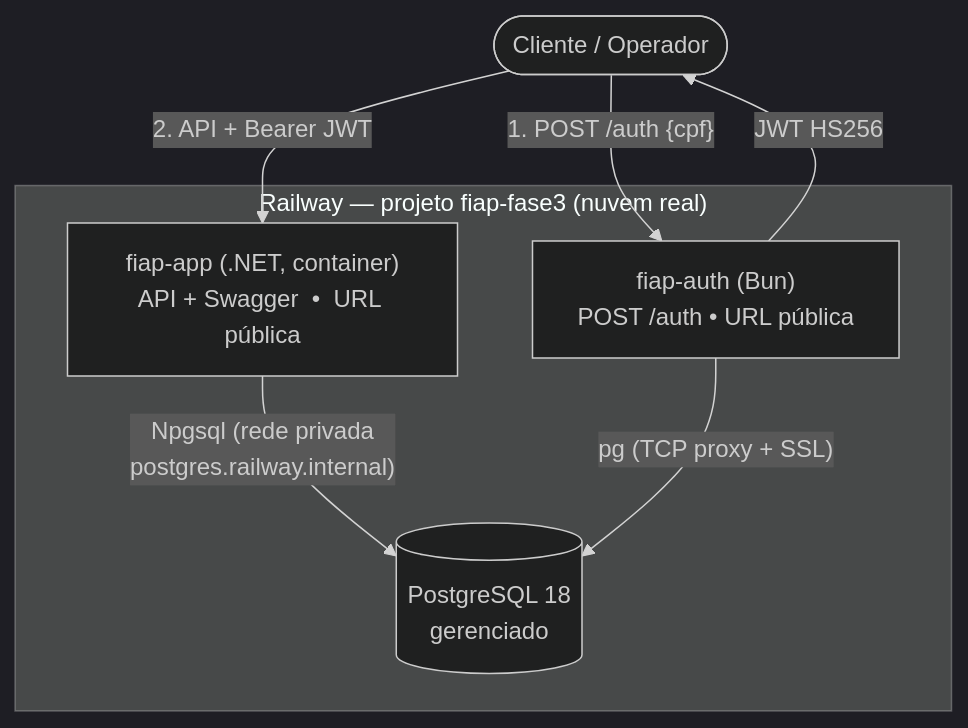
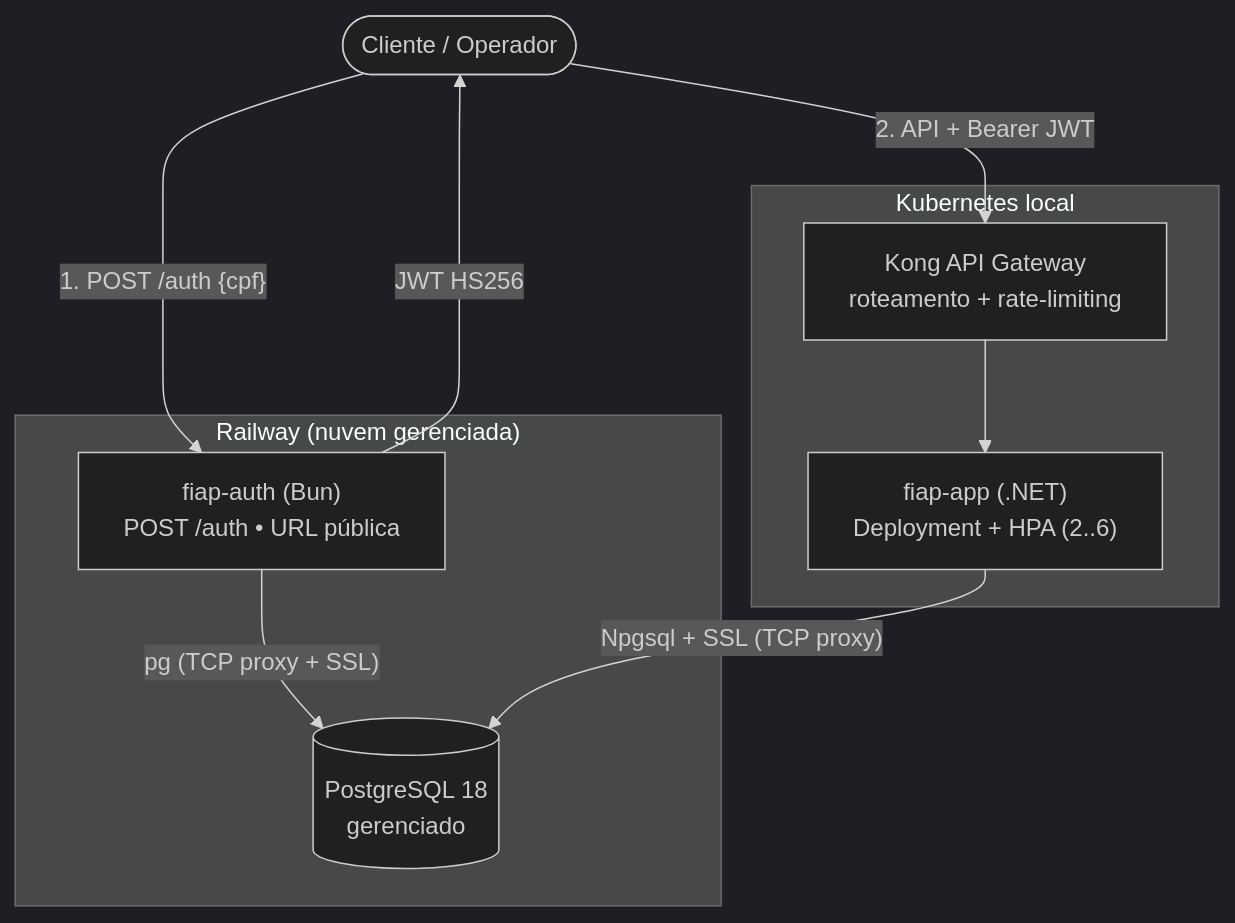
The second of 4 diagrams in docs/ARQUITETURA.md (MathboyL3/fiap-app), drawn with Mermaid (dark theme) before and after one commit. The commit also changed other lines of this file and 1 other file, not shown here.

Commit message:
docs: app no K8s atrás do Kong; Railway hospeda banco + auth (#8)

````diff
--- a/docs/ARQUITETURA.md
+++ b/docs/ARQUITETURA.md
@@ -78,20 +82,25 @@
 ```mermaid
 flowchart TB
   Cliente([Cliente / Operador])
 
-  subgraph RW["Railway — projeto fiap-fase3 (nuvem real)"]
+  subgraph RW["Railway (nuvem gerenciada)"]
     AUTH["fiap-auth (Bun)
-POST /auth  •  URL pública"]
-    APP["fiap-app (.NET, container)
-API + Swagger  •  URL pública"]
+POST /auth • URL pública"]
     PG[("PostgreSQL 18
 gerenciado")]
-    APP -->|"Npgsql (rede privada
-postgres.railway.internal)"| PG
     AUTH -->|"pg (TCP proxy + SSL)"| PG
+  end
+
+  subgraph K8S["Kubernetes local"]
+    KONG["Kong API Gateway
+roteamento + rate-limiting"]
+    APP["fiap-app (.NET)
+Deployment + HPA (2..6)"]
+    KONG --> APP
   end
 
   Cliente -->|"1. POST /auth {cpf}"| AUTH
   AUTH -->|"JWT HS256"| Cliente
-  Cliente -->|"2. API + Bearer JWT"| APP
+  Cliente -->|"2. API + Bearer JWT"| KONG
+  APP -->|"Npgsql + SSL (TCP proxy)"| PG
 ```
````
